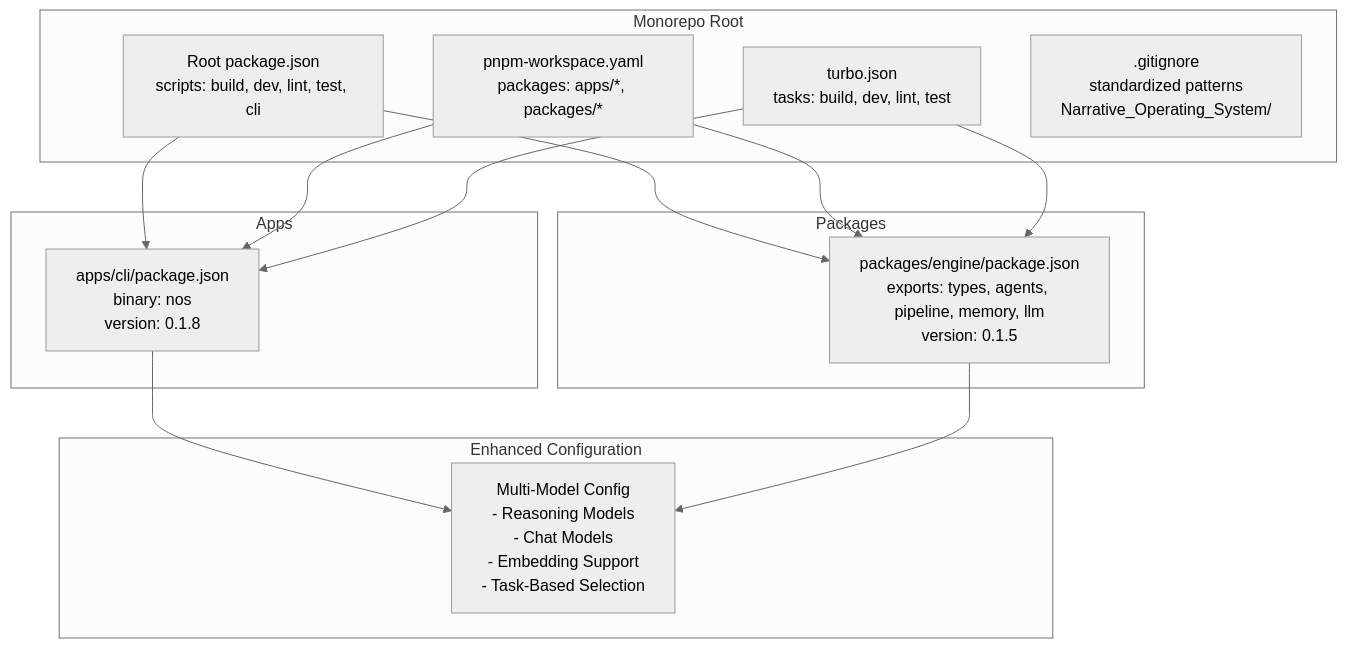
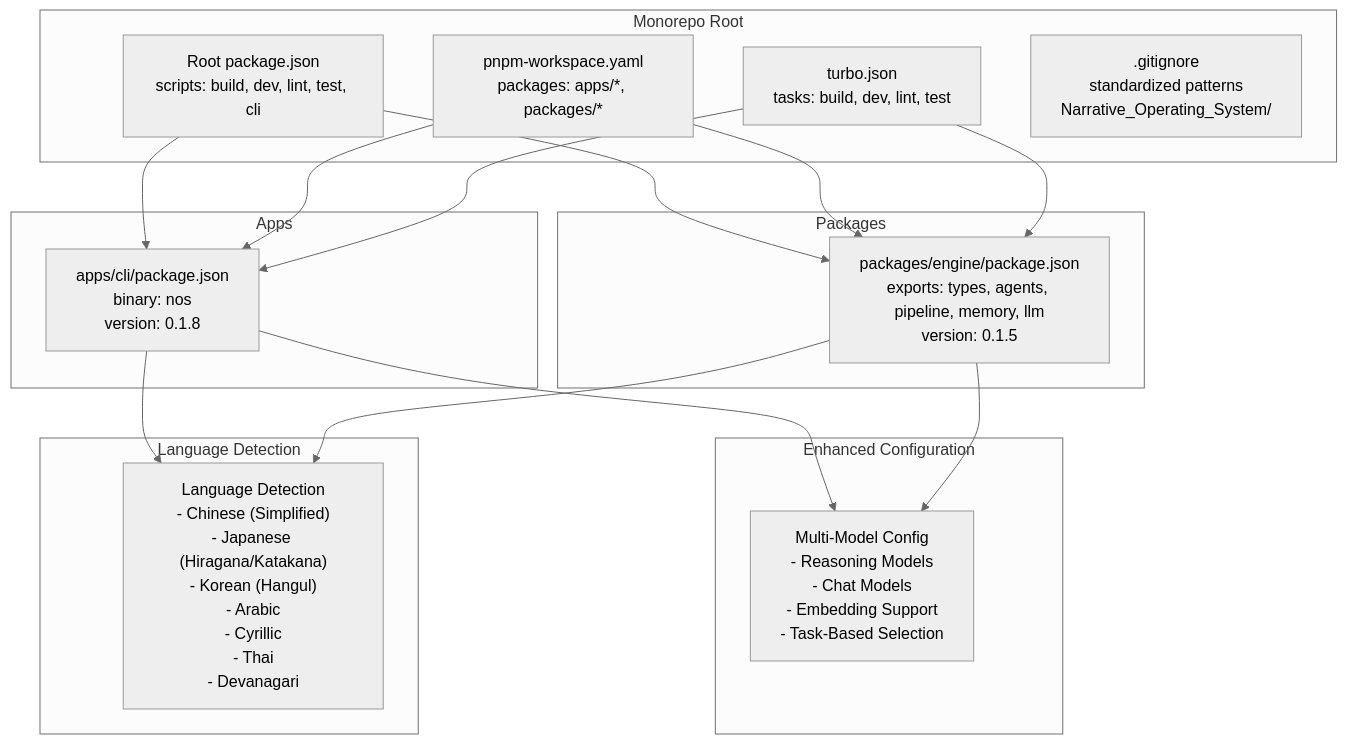
One commit to liwonder/NARRITIVE_OS changed the first of 13 diagrams in .qoder/repowiki/en/content/Development and Contributing.md. Above: the diagram before and after it, drawn with Mermaid (neutral theme). The commit also changed other lines of this file and 10 other files, not shown here.

````diff
--- a/.qoder/repowiki/en/content/Development and Contributing.md
+++ b/.qoder/repowiki/en/content/Development and Contributing.md
@@ -62,26 +71,31 @@
 ```mermaid
 graph TB
 subgraph "Monorepo Root"
 ROOT_PKG["Root package.json<br/>scripts: build, dev, lint, test, cli"]
 WS["pnpm-workspace.yaml<br/>packages: apps/*, packages/*"]
 TURBO["turbo.json<br/>tasks: build, dev, lint, test"]
 GITIGNORE[".gitignore<br/>standardized patterns<br/>Narrative_Operating_System/"]
 end
 subgraph "Apps"
 CLI_PKG["apps/cli/package.json<br/>binary: nos<br/>version: 0.1.8"]
 end
 subgraph "Packages"
 ENG_PKG["packages/engine/package.json<br/>exports: types, agents, pipeline, memory, llm<br/>version: 0.1.5"]
 end
 subgraph "Enhanced Configuration"
 MULTI_MODEL["Multi-Model Config<br/>- Reasoning Models<br/>- Chat Models<br/>- Embedding Support<br/>- Task-Based Selection"]
 end
+subgraph "Language Detection"
+LANG_DETECTION["Language Detection<br/>- Chinese (Simplified)<br/>- Japanese (Hiragana/Katakana)<br/>- Korean (Hangul)<br/>- Arabic<br/>- Cyrillic<br/>- Thai<br/>- Devanagari"]
+end
 ROOT_PKG --> CLI_PKG
 ROOT_PKG --> ENG_PKG
 WS --> CLI_PKG
 WS --> ENG_PKG
 TURBO --> CLI_PKG
 TURBO --> ENG_PKG
 CLI_PKG --> MULTI_MODEL
+CLI_PKG --> LANG_DETECTION
 ENG_PKG --> MULTI_MODEL
+ENG_PKG --> LANG_DETECTION
 ```
````
